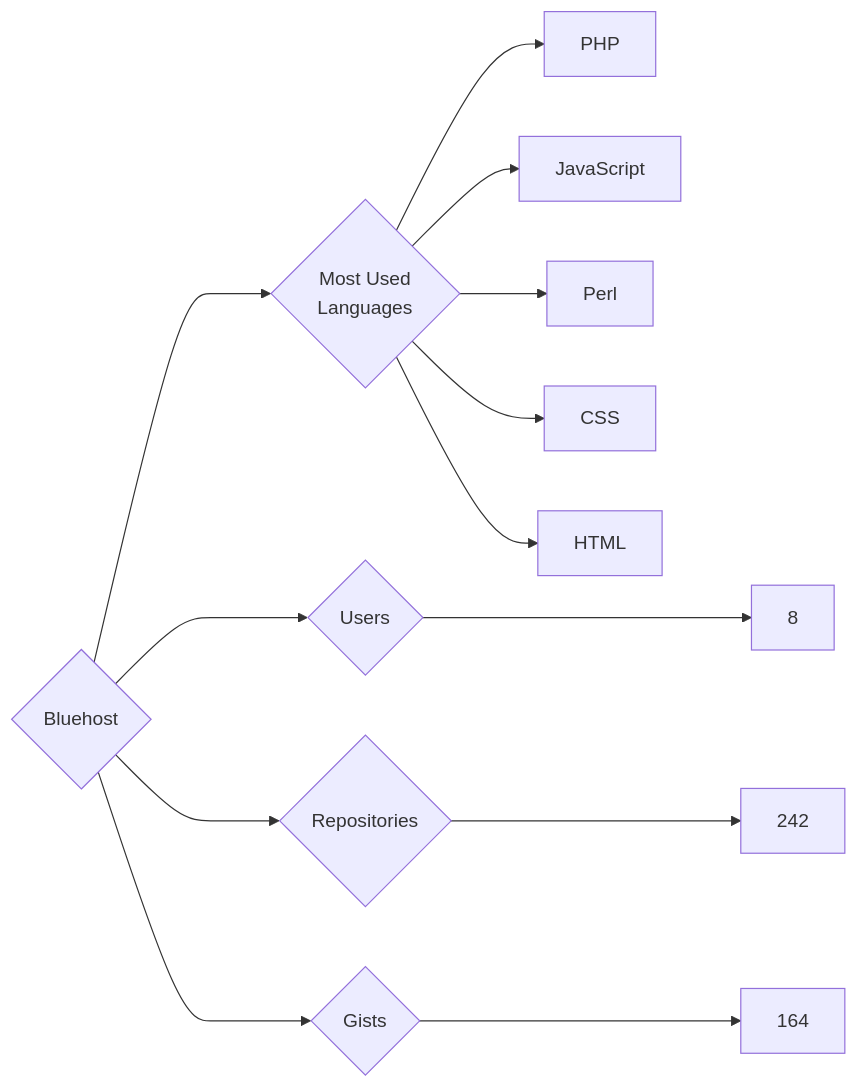
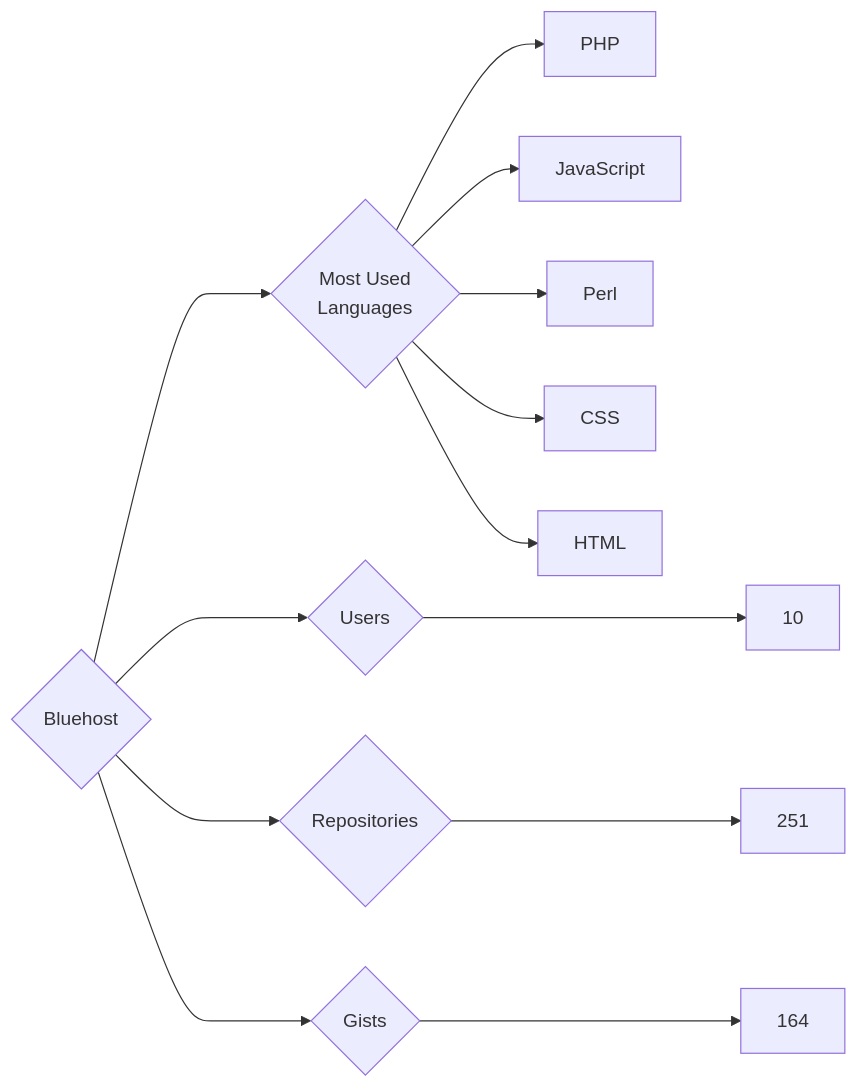
Before and after one commit to trickest/insiders: the diagram in targets/Bluehost/README.md, drawn with Mermaid. The commit also changed 998 other files, not shown here.

````diff
--- a/targets/Bluehost/README.md
+++ b/targets/Bluehost/README.md
@@ -3,13 +3,13 @@
 ```mermaid
 graph LR
 COMPANY_NAME{Bluehost}
-COMPANY_NAME ---> U{Users} ---> UN[8]
-COMPANY_NAME ---> R{Repositories} ---> RN[242]
+COMPANY_NAME ---> U{Users} ---> UN[10]
+COMPANY_NAME ---> R{Repositories} ---> RN[251]
 COMPANY_NAME ---> G{Gists} ---> GN[164]
 COMPANY_NAME ---> ML{Most Used<br>Languages}
 ML --> PHP[PHP]
 ML --> JavaScript[JavaScript]
 ML --> Perl[Perl]
 ML --> CSS[CSS]
 ML --> HTML[HTML]
 ```
````
